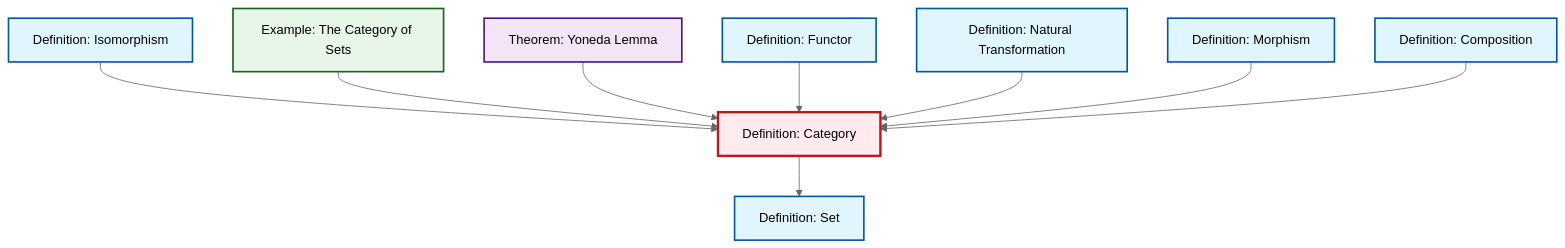
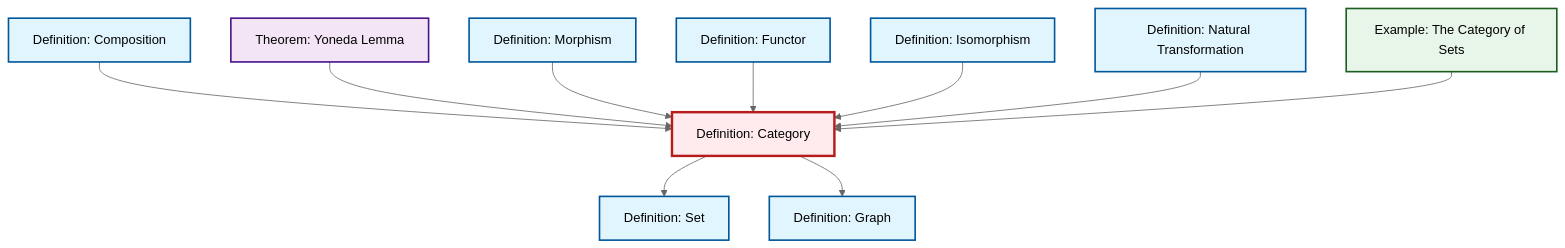
One commit to RK0429/ModernMath changed the diagram in content/en/category-theory/def-category.qmd. Above: the diagram before and after it, drawn with Mermaid (neutral theme). The commit also changed 434 other files, not shown here.

````diff
--- a/content/en/category-theory/def-category.qmd
+++ b/content/en/category-theory/def-category.qmd
@@ -47,35 +47,38 @@
 ```{mermaid}
 %%| fig-cap: "Local dependency graph"
 graph TD
     classDef definition fill:#e1f5fe,stroke:#01579b,stroke-width:2px
     classDef theorem fill:#f3e5f5,stroke:#4a148c,stroke-width:2px
     classDef axiom fill:#fff3e0,stroke:#e65100,stroke-width:2px
     classDef example fill:#e8f5e9,stroke:#1b5e20,stroke-width:2px
     classDef current fill:#ffebee,stroke:#b71c1c,stroke-width:3px
+    def-set["Definition: Set"]:::definition
+    def-isomorphism["Definition: Isomorphism"]:::definition
+    def-morphism["Definition: Morphism"]:::definition
+    def-category["Definition: Category"]:::definition
+    def-graph["Definition: Graph"]:::definition
+    def-composition["Definition: Composition"]:::definition
+    def-functor["Definition: Functor"]:::definition
+    thm-yoneda["Theorem: Yoneda Lemma"]:::theorem
     def-natural-transformation["Definition: Natural Transformation"]:::definition
-    def-functor["Definition: Functor"]:::definition
-    def-category["Definition: Category"]:::definition
-    def-morphism["Definition: Morphism"]:::definition
-    thm-yoneda["Theorem: Yoneda Lemma"]:::theorem
-    def-composition["Definition: Composition"]:::definition
-    def-isomorphism["Definition: Isomorphism"]:::definition
-    def-set["Definition: Set"]:::definition
     ex-set-category["Example: The Category of Sets"]:::example
+    def-category --> def-set
+    def-composition --> def-category
+    thm-yoneda --> def-category
+    def-morphism --> def-category
+    def-functor --> def-category
     def-isomorphism --> def-category
+    def-category --> def-graph
+    def-natural-transformation --> def-category
     ex-set-category --> def-category
-    thm-yoneda --> def-category
-    def-functor --> def-category
-    def-category --> def-set
-    def-natural-transformation --> def-category
-    def-morphism --> def-category
-    def-composition --> def-category
     class def-category current
+    click def-set "def-set.html" "Go to Set definition"
+    click def-isomorphism "def-isomorphism.html" "Go to Isomorphism definition"
+    click def-morphism "def-morphism.html" "Go to Morphism definition"
+    click def-graph "def-graph.html" "Go to Graph definition"
+    click def-composition "def-composition.html" "Go to Composition definition"
+    click def-functor "def-functor.html" "Go to Functor definition"
+    click thm-yoneda "thm-yoneda.html" "Go to Yoneda Lemma theorem"
     click def-natural-transformation "def-natural-transformation.html" "Go to Natural Transformation definition"
-    click def-functor "def-functor.html" "Go to Functor definition"
-    click def-morphism "def-morphism.html" "Go to Morphism definition"
-    click thm-yoneda "thm-yoneda.html" "Go to Yoneda Lemma theorem"
-    click def-composition "def-composition.html" "Go to Composition definition"
-    click def-isomorphism "def-isomorphism.html" "Go to Isomorphism definition"
-    click def-set "def-set.html" "Go to Set definition"
     click ex-set-category "ex-set-category.html" "Go to The Category of Sets example"
 ```
````
